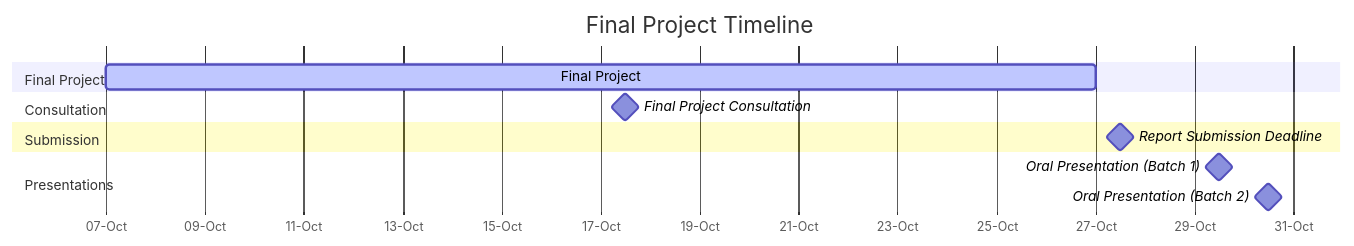
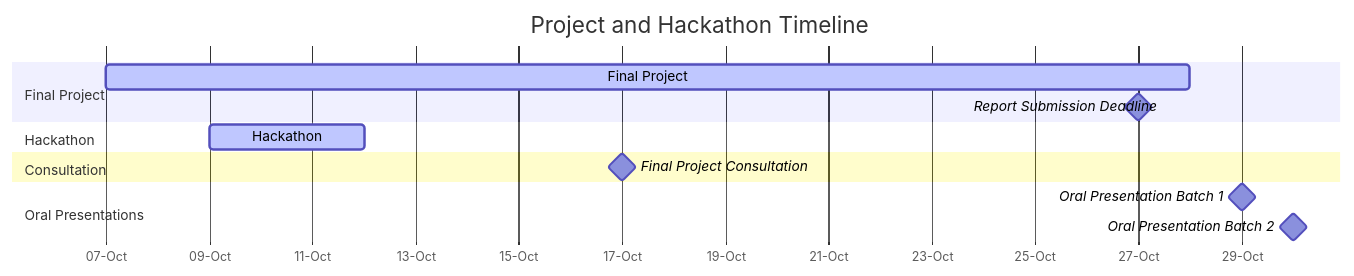
Before and after one commit to aicell-lab/ddls-course: the diagram in content/course/ddls-2024/final-project/_index.md, drawn with Mermaid. The commit also changed other lines of this file, not shown here.

Commit message:
Update project and hackathon timeline

````diff
--- a/content/course/ddls-2024/final-project/_index.md
+++ b/content/course/ddls-2024/final-project/_index.md
@@ -36,19 +36,20 @@
 ```mermaid
 gantt
-    title Final Project Timeline
+    title Project and Hackathon Timeline
     dateFormat  YYYY-MM-DD
     axisFormat  %d-%b
 
     section Final Project
-    Final Project             :active,  proj, 2024-10-07, 20d
+    Final Project                : active, proj, 2024-10-07, 21d
+    Report Submission Deadline   : milestone, m1, 2024-10-27, 23:59
+
+    section Hackathon
+    Hackathon                    : active, hackathon, 2024-10-09, 3d
 
     section Consultation
-    Final Project Consultation : milestone, consult, 2024-10-17, 1d
+    Final Project Consultation   : milestone, consult, 2024-10-17, 08:00-11:00
 
-    section Submission
-    Report Submission Deadline : milestone, submit, 2024-10-27, 1d
-
-    section Presentations
-    Oral Presentation (Batch 1) : milestone, present1, 2024-10-29, 1d
-    Oral Presentation (Batch 2) : milestone, present2, 2024-10-30, 1d
+    section Oral Presentations
+    Oral Presentation Batch 1    : milestone, presentation1, 2024-10-29, 08:00-10:00
+    Oral Presentation Batch 2    : milestone, presentation2, 2024-10-30, 08:00-10:00
 ```
````
